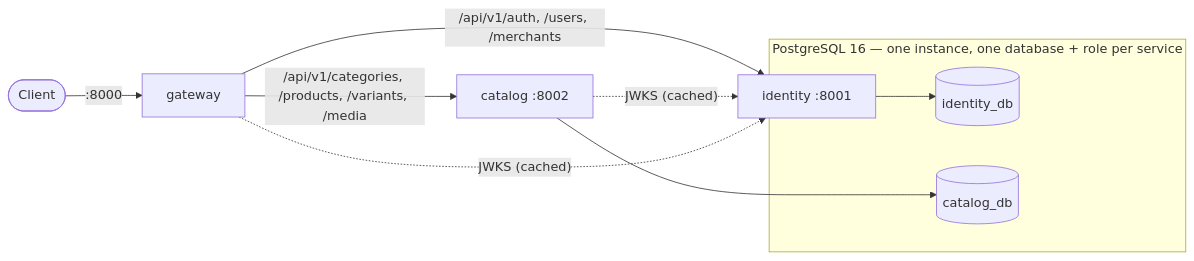
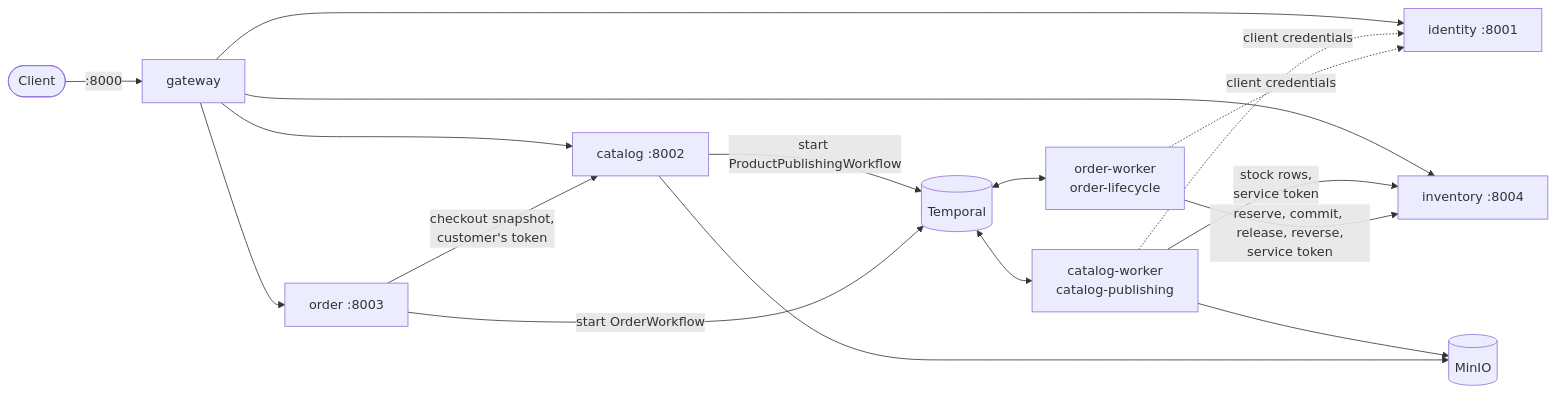
Before and after one commit to AdnanBloch/Smart-Retail: the diagram in README.md, drawn with Mermaid. The commit also changed other lines of this file and 8 other files, not shown here.

````diff
--- a/README.md
+++ b/README.md
@@ -19,14 +20,19 @@
 ```mermaid
 flowchart LR
     client([Client]) -->|":8000"| gw[gateway]
-    gw -->|"/api/v1/auth, /users, /merchants"| idn[identity :8001]
-    gw -->|"/api/v1/categories, /products, /variants, /media"| cat[catalog :8002]
-    idn --> idb[(identity_db)]
-    cat --> cdb[(catalog_db)]
-    cat -. "JWKS (cached)" .-> idn
-    gw -. "JWKS (cached)" .-> idn
-    subgraph postgres [PostgreSQL 16 — one instance, one database + role per service]
-        idb
-        cdb
-    end
+    gw --> idn[identity :8001]
+    gw --> cat[catalog :8002]
+    gw --> ord[order :8003]
+    gw --> inv[inventory :8004]
+    ord -->|"checkout snapshot,<br/>customer's token"| cat
+    cat -->|"start ProductPublishingWorkflow"| tmp[(Temporal)]
+    ord -->|"start OrderWorkflow"| tmp
+    tmp <--> cw["catalog-worker<br/>catalog-publishing"]
+    tmp <--> ow["order-worker<br/>order-lifecycle"]
+    cw -->|"stock rows,<br/>service token"| inv
+    ow -->|"reserve, commit, release, reverse,<br/>service token"| inv
+    cw --> minio[(MinIO)]
+    cat --> minio
+    cw -. "client credentials" .-> idn
+    ow -. "client credentials" .-> idn
 ```
````
